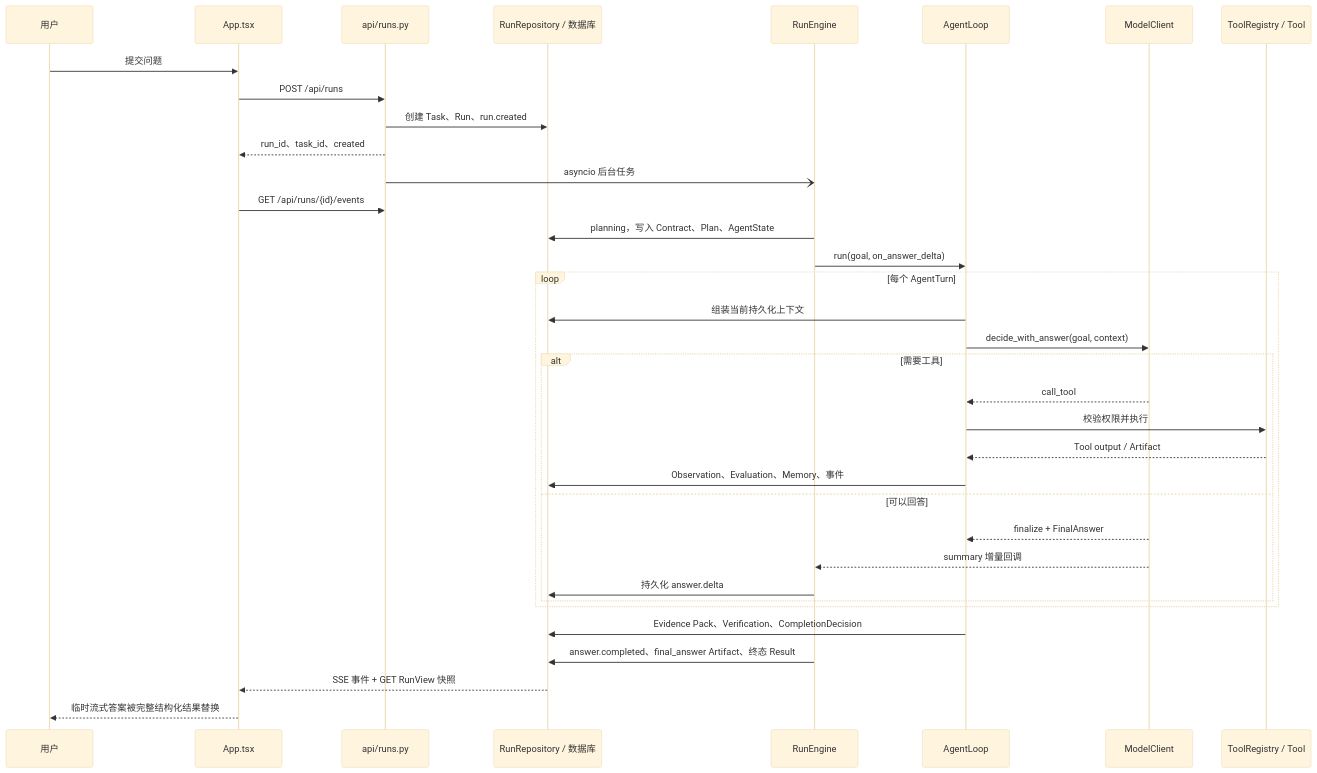
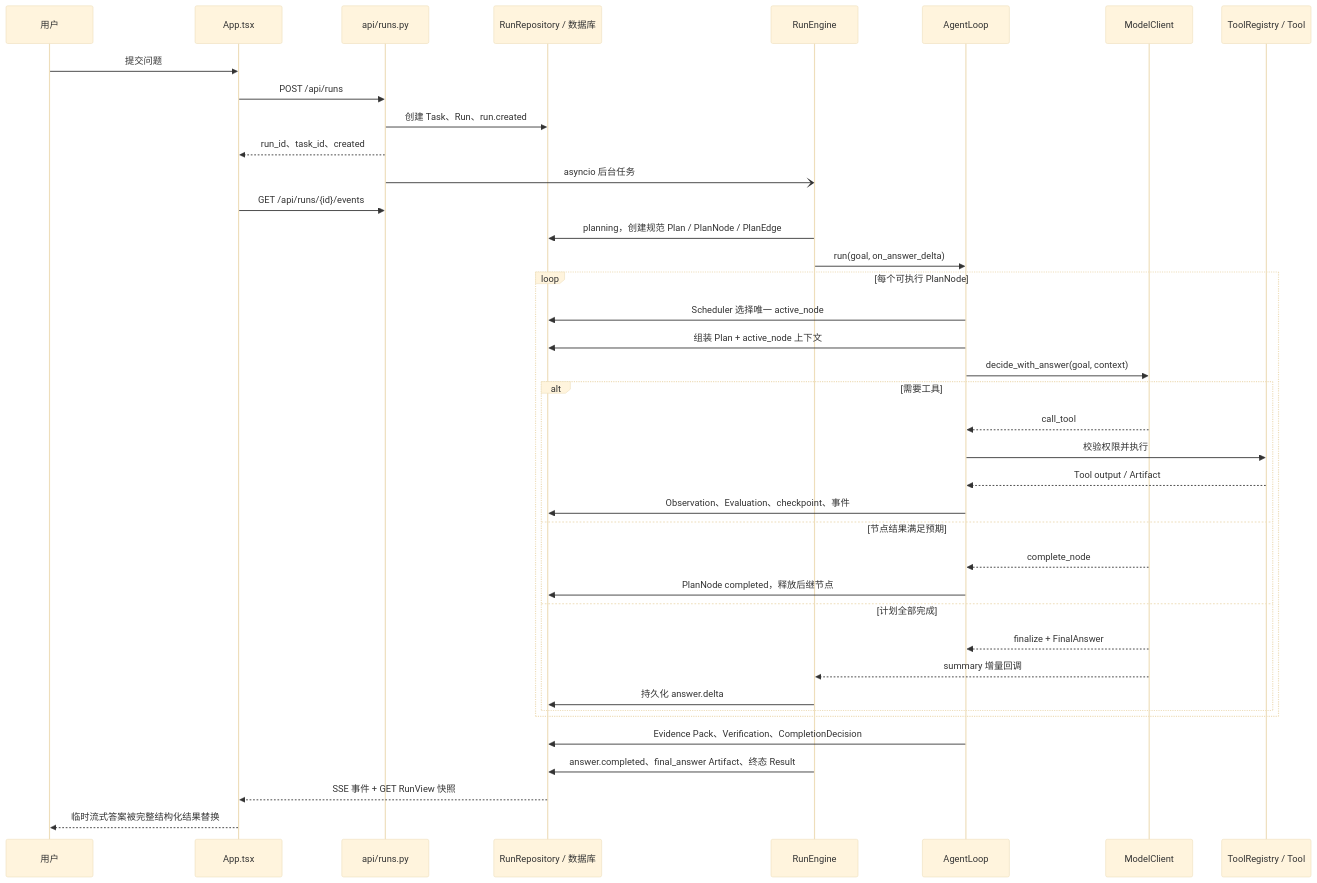
The diagram in docs/agent-implementation-execution-walkthrough.md (tommyCheese/Astra), drawn with Mermaid (base theme) before and after one commit. The commit also changed other lines of this file and 19 other files, not shown here.

````diff
--- a/docs/agent-implementation-execution-walkthrough.md
+++ b/docs/agent-implementation-execution-walkthrough.md
@@ -7,38 +7,42 @@
 ```mermaid
 sequenceDiagram
     participant U as 用户
     participant UI as App.tsx
     participant API as api/runs.py
     participant DB as RunRepository / 数据库
     participant E as RunEngine
     participant L as AgentLoop
     participant M as ModelClient
     participant T as ToolRegistry / Tool
 
     U->>UI: 提交问题
     UI->>API: POST /api/runs
     API->>DB: 创建 Task、Run、run.created
     API-->>UI: run_id、task_id、created
     API-)E: asyncio 后台任务
     UI->>API: GET /api/runs/{id}/events
-    E->>DB: planning，写入 Contract、Plan、AgentState
+    E->>DB: planning，创建规范 Plan / PlanNode / PlanEdge
     E->>L: run(goal, on_answer_delta)
-    loop 每个 AgentTurn
-        L->>DB: 组装当前持久化上下文
+    loop 每个可执行 PlanNode
+        L->>DB: Scheduler 选择唯一 active_node
+        L->>DB: 组装 Plan + active_node 上下文
         L->>M: decide_with_answer(goal, context)
         alt 需要工具
             M-->>L: call_tool
             L->>T: 校验权限并执行
             T-->>L: Tool output / Artifact
-            L->>DB: Observation、Evaluation、Memory、事件
-        else 可以回答
+            L->>DB: Observation、Evaluation、checkpoint、事件
+        else 节点结果满足预期
+            M-->>L: complete_node
+            L->>DB: PlanNode completed，释放后继节点
+        else 计划全部完成
             M-->>L: finalize + FinalAnswer
             M-->>E: summary 增量回调
             E->>DB: 持久化 answer.delta
         end
     end
     L->>DB: Evidence Pack、Verification、CompletionDecision
     E->>DB: answer.completed、final_answer Artifact、终态 Result
     DB-->>UI: SSE 事件 + GET RunView 快照
     UI-->>U: 临时流式答案被完整结构化结果替换
 ```
````
